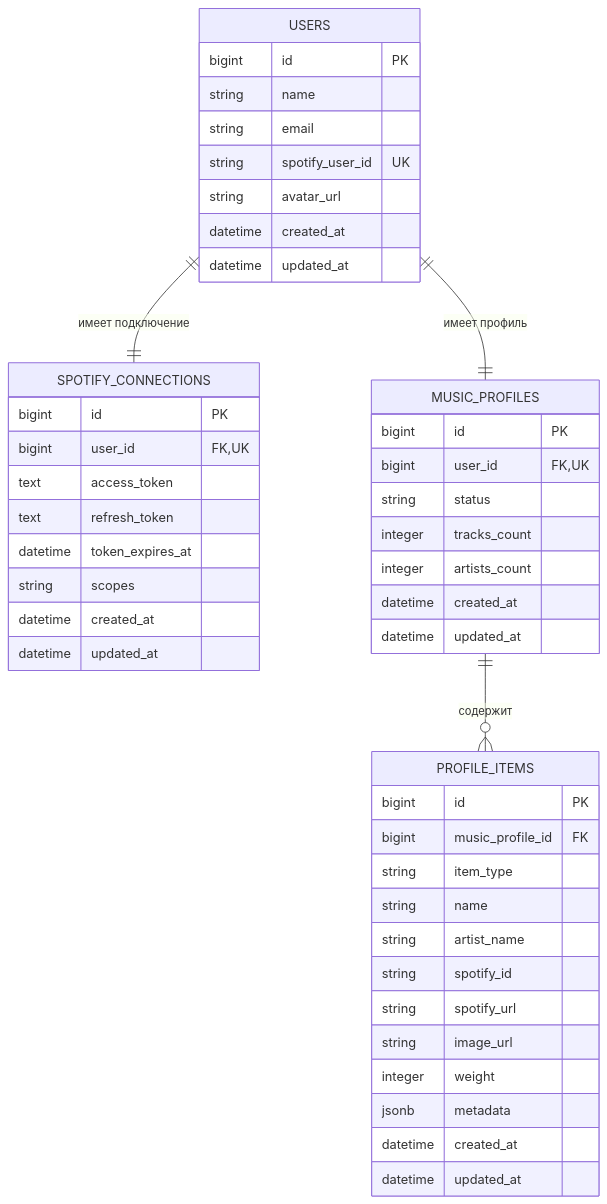
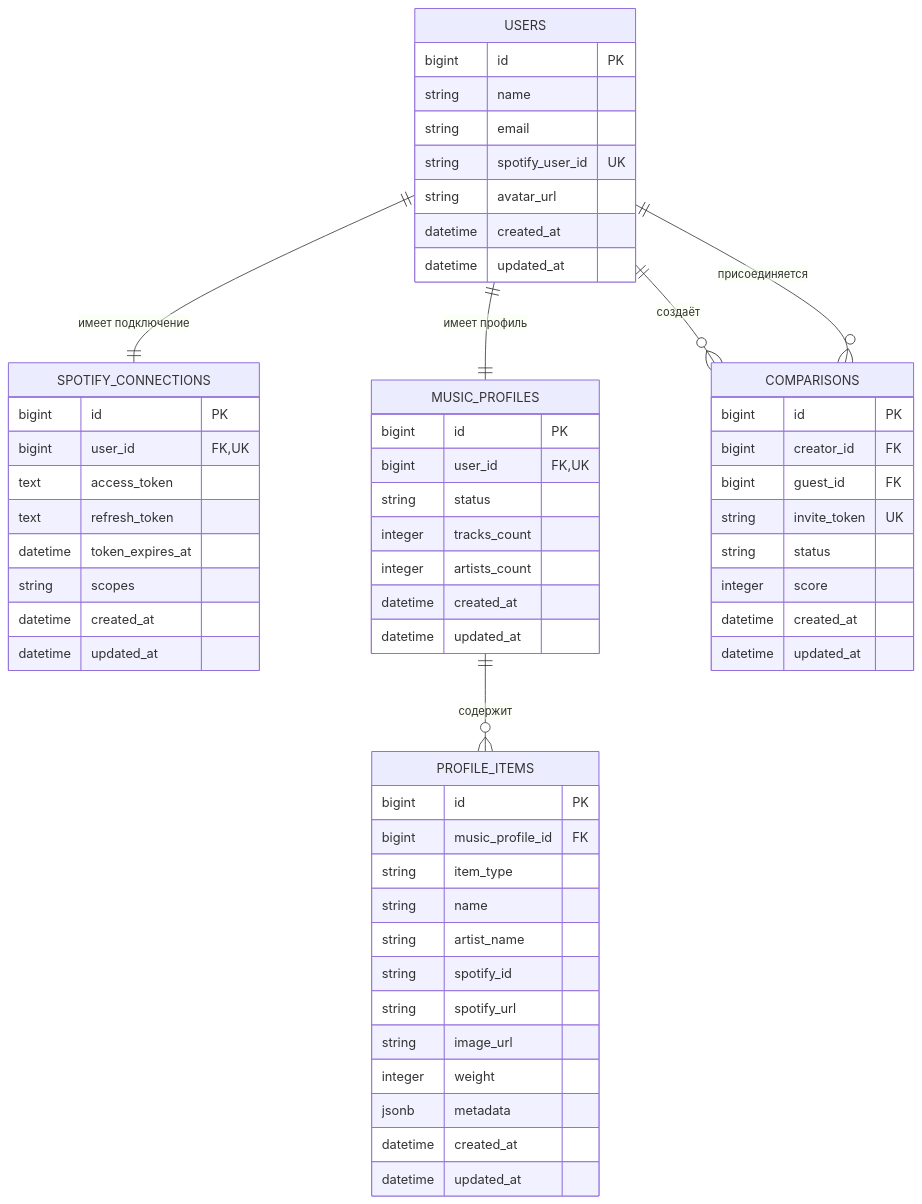
Before and after one commit to lexidr/musicmate: the diagram in DATABASE_SCHEMA.md, drawn with Mermaid. The commit also changed other lines of this file and 11 other files, not shown here.

````diff
--- a/DATABASE_SCHEMA.md
+++ b/DATABASE_SCHEMA.md
@@ -12,52 +13,65 @@
 ```mermaid
 erDiagram
     USERS ||--|| SPOTIFY_CONNECTIONS : "имеет подключение"
     USERS ||--|| MUSIC_PROFILES : "имеет профиль"
     MUSIC_PROFILES ||--o{ PROFILE_ITEMS : "содержит"
+    USERS ||--o{ COMPARISONS : "создаёт"
+    USERS ||--o{ COMPARISONS : "присоединяется"
 
     USERS {
         bigint id PK
         string name
         string email
         string spotify_user_id UK
         string avatar_url
         datetime created_at
         datetime updated_at
     }
 
     SPOTIFY_CONNECTIONS {
         bigint id PK
         bigint user_id FK, UK
         text access_token
         text refresh_token
         datetime token_expires_at
         string scopes
         datetime created_at
         datetime updated_at
     }
 
     MUSIC_PROFILES {
         bigint id PK
         bigint user_id FK, UK
         string status
         integer tracks_count
         integer artists_count
         datetime created_at
         datetime updated_at
     }
 
     PROFILE_ITEMS {
         bigint id PK
         bigint music_profile_id FK
         string item_type
         string name
         string artist_name
         string spotify_id
         string spotify_url
         string image_url
         integer weight
         jsonb metadata
         datetime created_at
         datetime updated_at
     }
+
+    COMPARISONS {
+        bigint id PK
+        bigint creator_id FK
+        bigint guest_id FK
+        string invite_token UK
+        string status
+        integer score
+        datetime created_at
+        datetime updated_at
+    }
 ```
````
